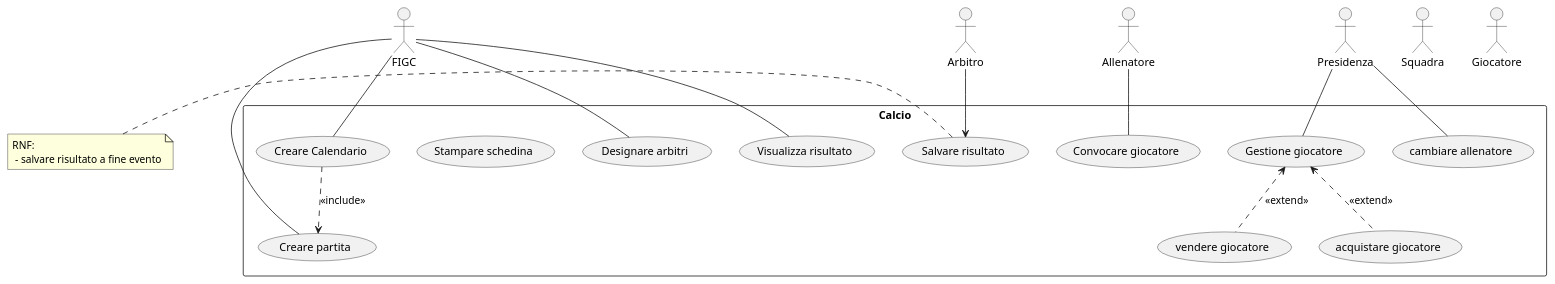
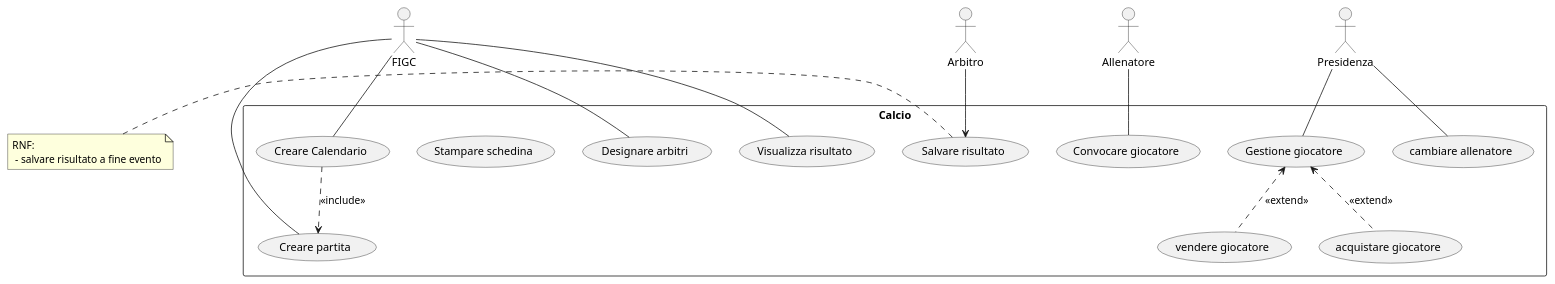
Before and after one commit to itsNikk/2526-4AI: the diagram in src/src/UMLExercises/UCDs/Calcio.puml, drawn with PlantUML.

```diff
--- a/src/src/UMLExercises/UCDs/Calcio.puml
+++ b/src/src/UMLExercises/UCDs/Calcio.puml
@@ -1,49 +1,47 @@
 @startuml
 
 ''nomi - singolari
 '' CTRL+D = duplica riga
 '' CTRL+SHIFT+arrows
 :Arbitro: as arb
 :Allenatore: as all
 :FIGC: as f
-:Squadra: as s
 :Presidenza: as pres
-:Giocatore: as gio
 
 '' Confini del sistema
 rectangle Calcio {
     usecase cal as "Creare Calendario"
     usecase save as "Salvare risultato"
     usecase part as "Creare partita"
     usecase desArb as "Designare arbitri"
     usecase showRes as "Visualizza risultato"
     usecase conv as "Convocare giocatore"
     usecase gGio as "Gestione giocatore"
     usecase aGIo as "acquistare giocatore"
     usecase vGio as "vendere giocatore"
     usecase printSched as "Stampare schedina"
     usecase changeAll as (cambiare allenatore)
 
 }
 
 f -- cal
 f -- part
 f -- desArb
 
 all -- conv
 
 arb --> save
 pres -- changeAll
 f -- showRes
 
 pres -- gGio
 gGio <.. aGIo : <<extend>>
 gGio <.. vGio : <<extend>>
 cal ..> part : <<include>>
 
 note left of save
    RNF:
     - salvare risultato a fine evento
 end note
 
 @enduml
```
